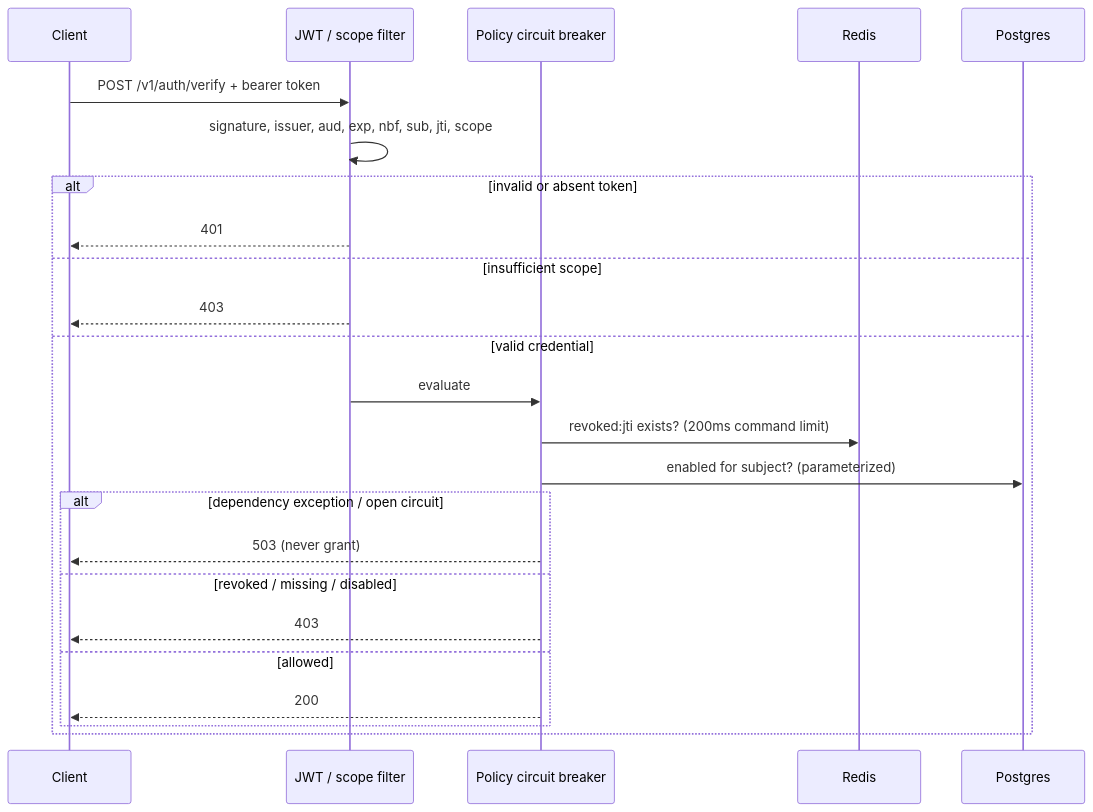
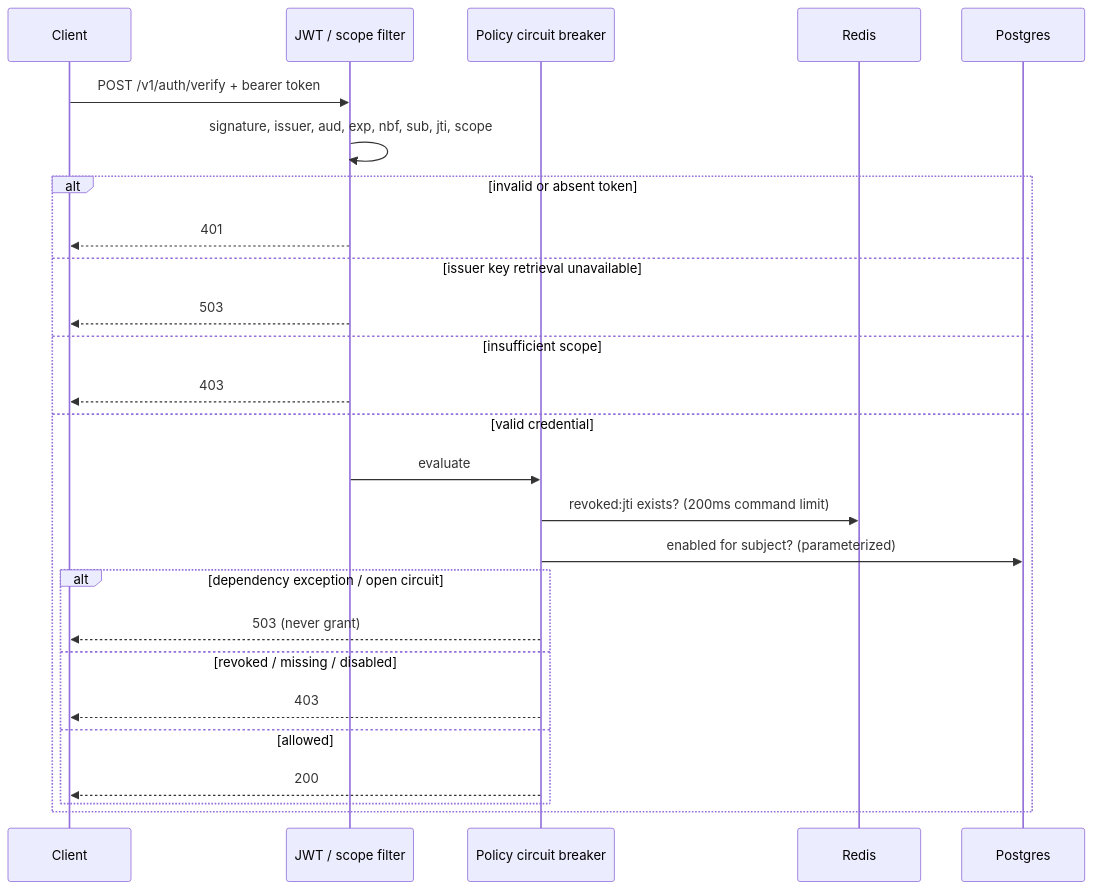
The second of 2 diagrams in docs/architecture.md (Ayyappa-BK/identitypulse-reliability-platform), drawn with Mermaid before and after one commit. The commit also changed 8 other files, not shown here.

````diff
--- a/docs/architecture.md
+++ b/docs/architecture.md
@@ -22,26 +22,28 @@
 ```mermaid
 sequenceDiagram
  participant Client
  participant Security as JWT / scope filter
  participant Policy as Policy circuit breaker
  participant Redis
  participant Postgres
  Client->>Security: POST /v1/auth/verify + bearer token
  Security->>Security: signature, issuer, aud, exp, nbf, sub, jti, scope
  alt invalid or absent token
   Security-->>Client: 401
+ else issuer key retrieval unavailable
+  Security-->>Client: 503
  else insufficient scope
   Security-->>Client: 403
  else valid credential
   Security->>Policy: evaluate
   Policy->>Redis: revoked:jti exists? (200ms command limit)
   Policy->>Postgres: enabled for subject? (parameterized)
   alt dependency exception / open circuit
    Policy-->>Client: 503 (never grant)
   else revoked / missing / disabled
    Policy-->>Client: 403
   else allowed
    Policy-->>Client: 200
   end
  end
 ```
````
